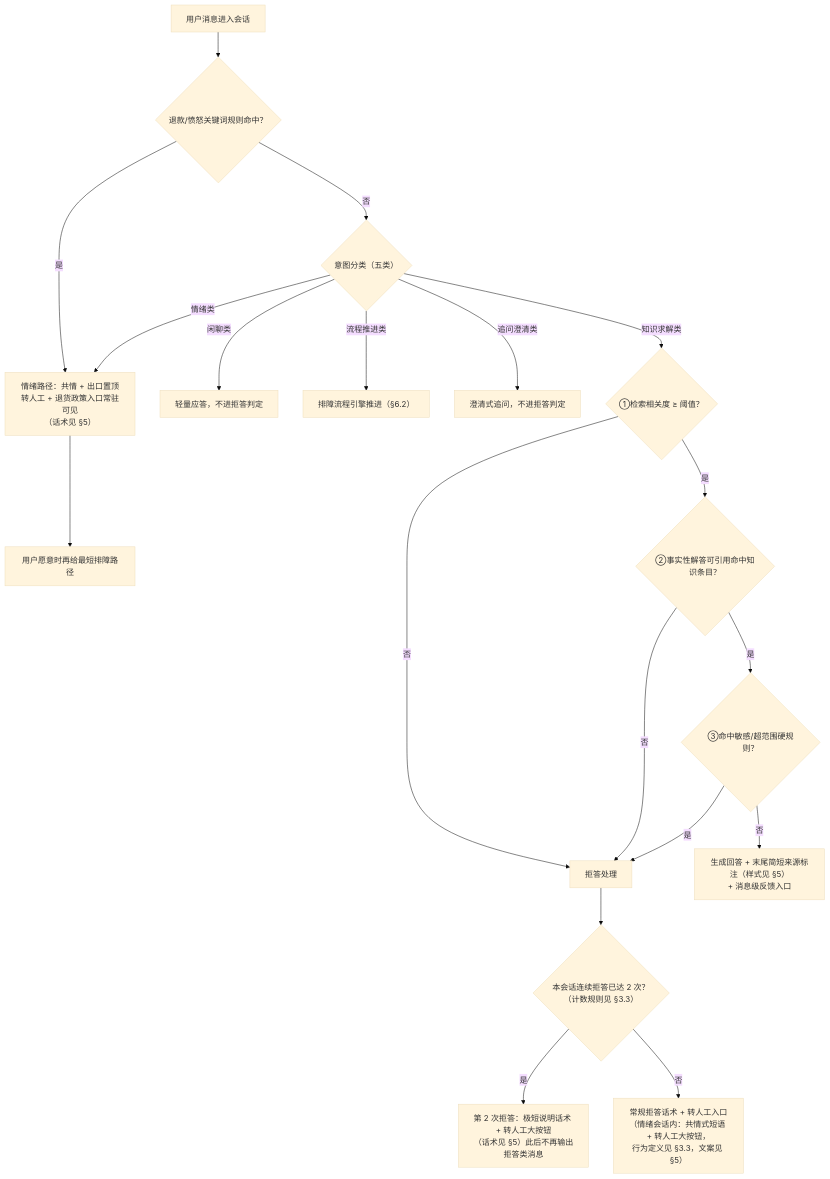
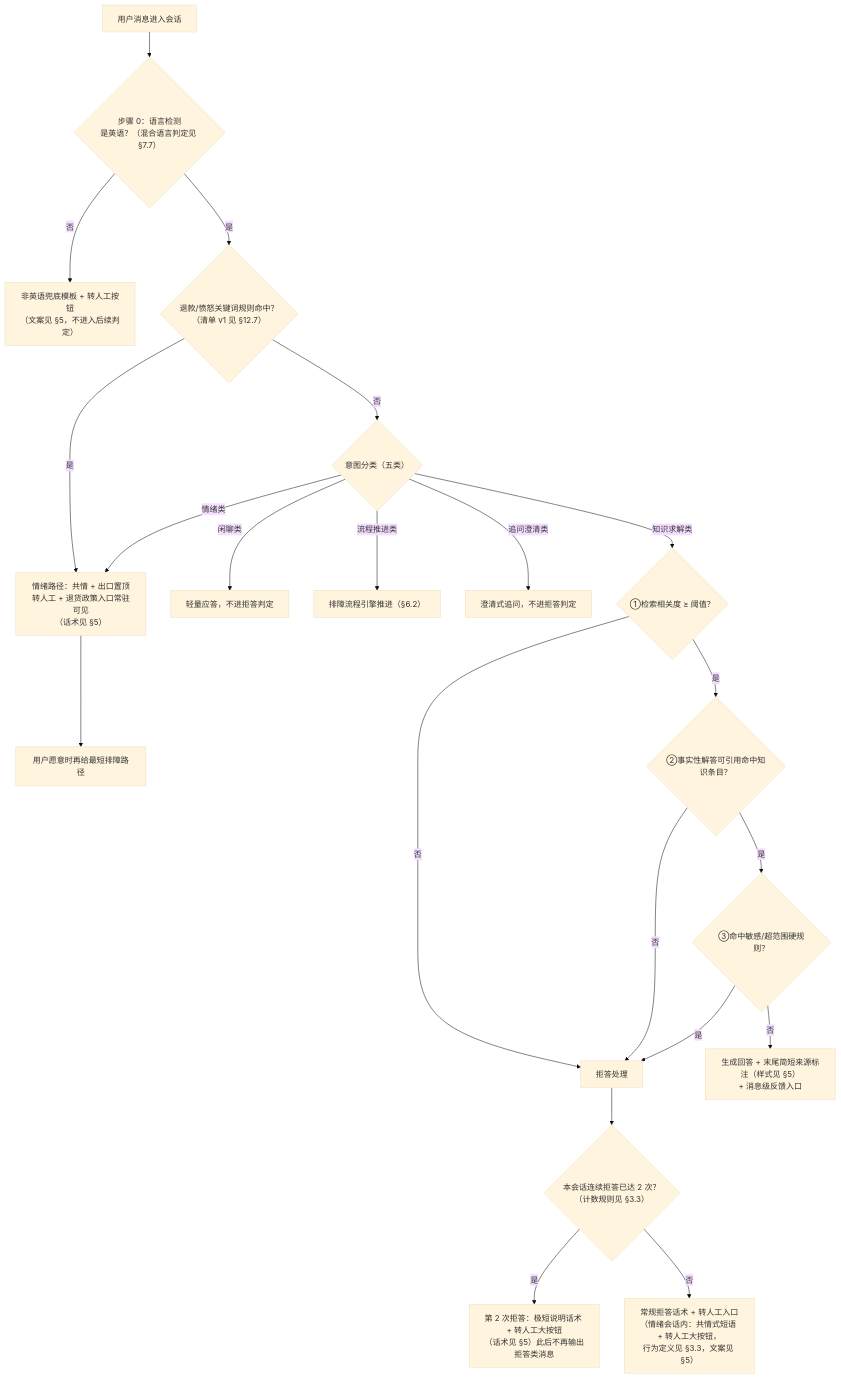
Before and after one commit to ChangMing-Luo/COOLFLY-AISupportAgent: the second of 7 diagrams in COOLFLY智能客服/output/PRD详细版.md, drawn with Mermaid (base theme). The commit also changed other lines of this file and 4 other files, not shown here.

````diff
--- a/COOLFLY智能客服/output/PRD详细版.md
+++ b/COOLFLY智能客服/output/PRD详细版.md
@@ -261,21 +263,23 @@
 ```mermaid
 flowchart TD
-    A["用户消息进入会话"] --> KW{"退款/愤怒关键词规则命中？"}
+    A["用户消息进入会话"] --> LG{"步骤 0：语言检测<br/>是英语？（混合语言判定见 §7.7）"}
+    LG -->|"否"| NE["非英语兜底模板 + 转人工按钮<br/>（文案见 §5，不进入后续判定）"]
+    LG -->|"是"| KW{"退款/愤怒关键词规则命中？<br/>（清单 v1 见 §12.7）"}
     KW -->|"是"| EMO["情绪路径：共情 + 出口置顶<br/>转人工 + 退货政策入口常驻可见<br/>（话术见 §5）"]
     EMO --> OPT["用户愿意时再给最短排障路径"]
     KW -->|"否"| IC{"意图分类（五类）"}
     IC -->|"情绪类"| EMO
     IC -->|"闲聊类"| CHAT["轻量应答，不进拒答判定"]
     IC -->|"流程推进类"| FLOW["排障流程引擎推进（§6.2）"]
     IC -->|"追问澄清类"| CLR["澄清式追问，不进拒答判定"]
     IC -->|"知识求解类"| L1{"①检索相关度 ≥ 阈值？"}
     L1 -->|"否"| RJ["拒答处理"]
     L1 -->|"是"| L2{"②事实性解答可引用命中知识条目？"}
     L2 -->|"否"| RJ
     L2 -->|"是"| L3{"③命中敏感/超范围硬规则？"}
     L3 -->|"是"| RJ
     L3 -->|"否"| ANS["生成回答 + 末尾简短来源标注（样式见 §5）<br/>+ 消息级反馈入口"]
     RJ --> CNT{"本会话连续拒答已达 2 次？<br/>（计数规则见 §3.3）"}
     CNT -->|"是"| BTN["第 2 次拒答：极短说明话术 + 转人工大按钮<br/>（话术见 §5）此后不再输出拒答类消息"]
     CNT -->|"否"| RJT["常规拒答话术 + 转人工入口<br/>（情绪会话内：共情式短语 + 转人工大按钮，<br/>行为定义见 §3.3，文案见 §5）"]
 ```
````
